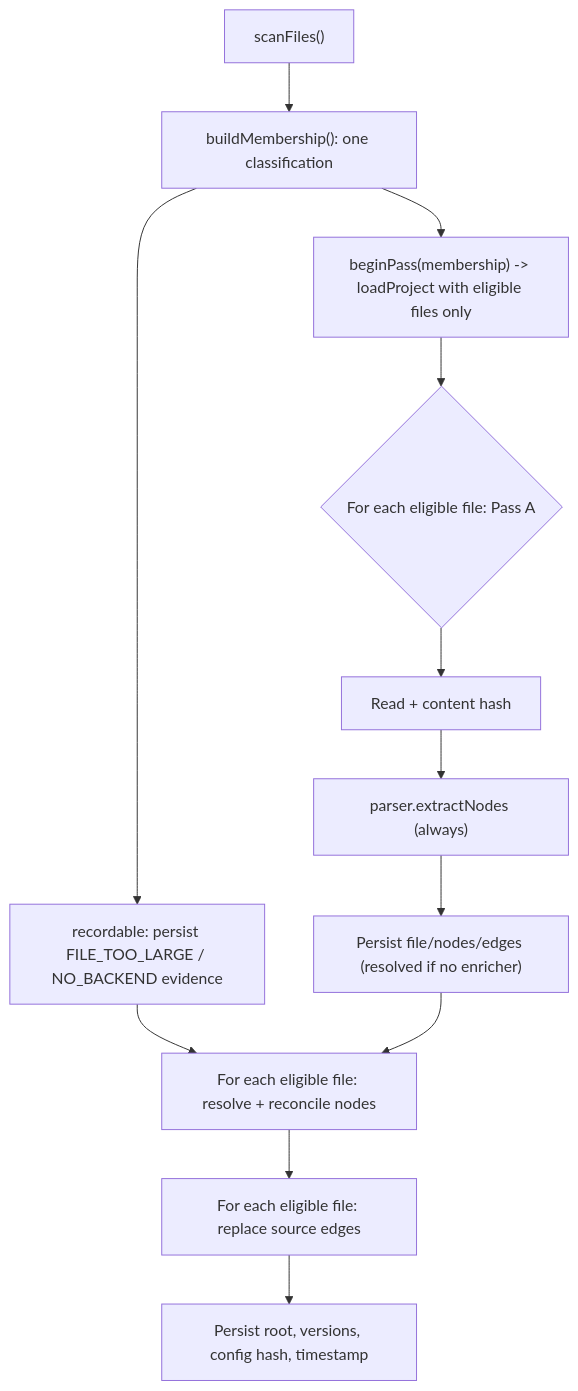
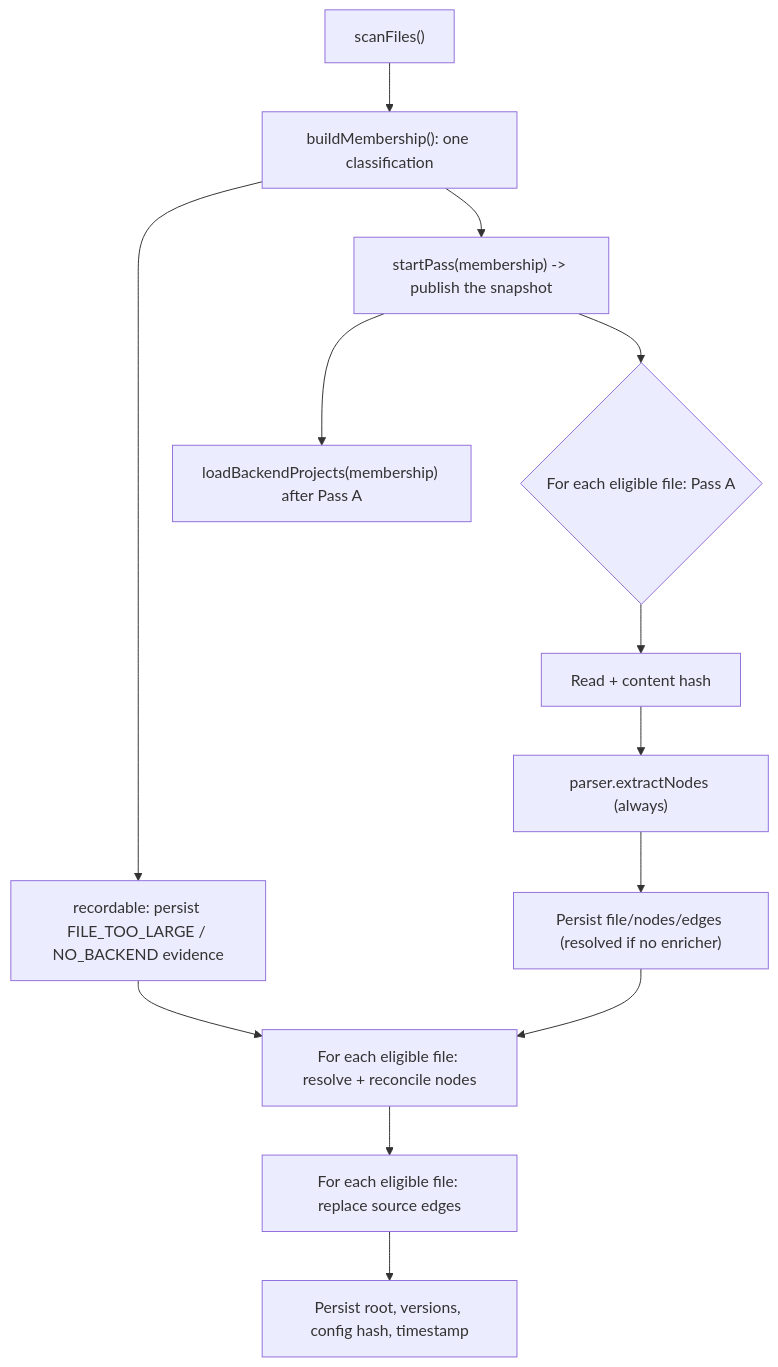
The first of 2 diagrams in docs/architecture/indexing-pipeline.md (Chofito/astrograph), drawn with Mermaid before and after one commit. The commit also changed other lines of this file and 18 other files, not shown here.

````diff
--- a/docs/architecture/indexing-pipeline.md
+++ b/docs/architecture/indexing-pipeline.md
@@ -15,14 +15,15 @@
 ```mermaid
 flowchart TD
     Scan["scanFiles()"] --> Classify["buildMembership(): one classification"]
     Classify --> Record["recordable: persist FILE_TOO_LARGE / NO_BACKEND evidence"]
-    Classify --> Begin["beginPass(membership) -> loadProject with eligible files only"]
+    Classify --> Begin["startPass(membership) -> publish the snapshot"]
+    Begin --> Load["loadBackendProjects(membership) after Pass A"]
     Begin --> A{"For each eligible file: Pass A"}
     A --> Hash["Read + content hash"]
     Hash --> Parse["parser.extractNodes (always)"]
     Parse --> PersistA["Persist file/nodes/edges (resolved if no enricher)"]
     Record --> Reconcile
     PersistA --> Reconcile["For each eligible file: resolve + reconcile nodes"]
     Reconcile --> Edges["For each eligible file: replace source edges"]
     Edges --> Meta["Persist root, versions, config hash, timestamp"]
 ```
````
